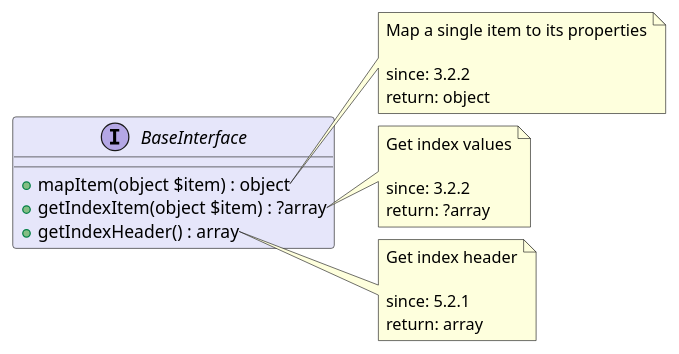
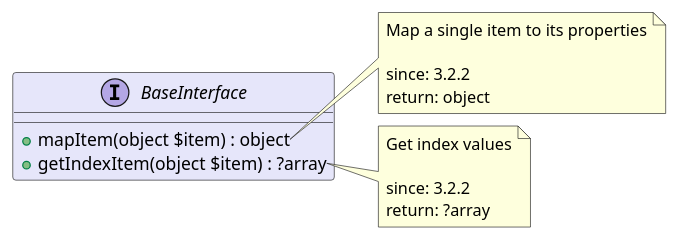
The diagram in src/1d0a2283-2d00-4c98-bf93-19e96c846d62/README.md (joomengine/super-powers), drawn with PlantUML before and after one commit. The commit also changed other lines of this file and 238 other files, not shown here.

````diff
--- a/src/1d0a2283-2d00-4c98-bf93-19e96c846d62/README.md
+++ b/src/1d0a2283-2d00-4c98-bf93-19e96c846d62/README.md
@@ -13,31 +6,24 @@
 ```uml
 @startuml
+
 interface BaseInterface  #Lavender {
   + mapItem(object $item) : object
   + getIndexItem(object $item) : ?array
-  + getIndexHeader() : array
 }
 
 note right of BaseInterface::mapItem
   Map a single item to its properties
 
   since: 3.2.2
   return: object
 end note
 
 note right of BaseInterface::getIndexItem
   Get index values
 
   since: 3.2.2
   return: ?array
 end note
 
-note right of BaseInterface::getIndexHeader
-  Get index header
-
-  since: 5.2.1
-  return: array
-end note
- 
 @enduml
 ```
````
